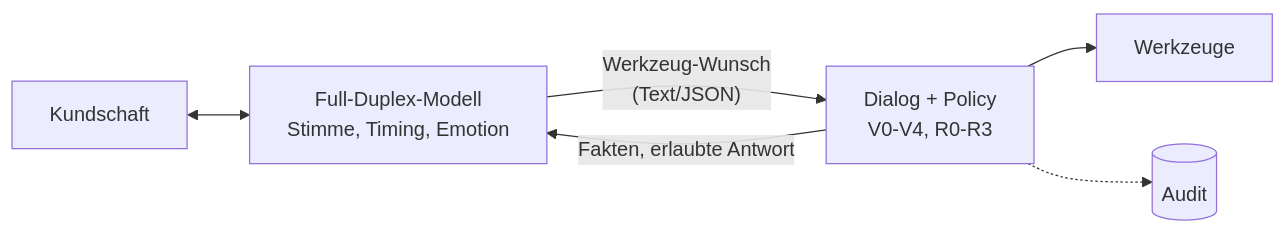
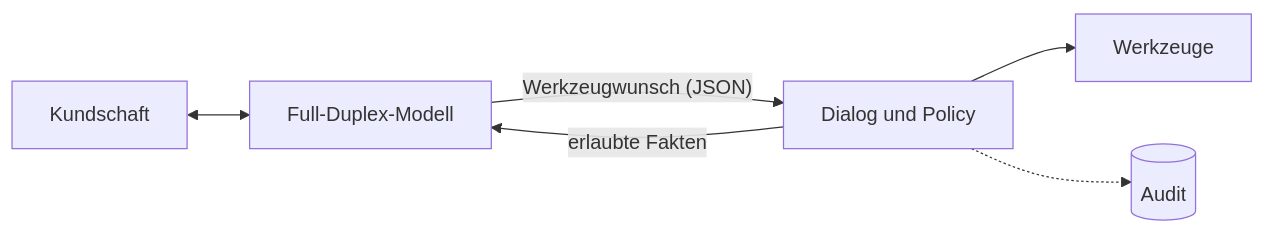
Before and after one commit to GRADweight/contactcenter: the second of 2 diagrams in docs/14-dessa-und-full-duplex.md, drawn with Mermaid. The commit also changed other lines of this file and 19 other files, not shown here.

````diff
--- a/docs/14-dessa-und-full-duplex.md
+++ b/docs/14-dessa-und-full-duplex.md
@@ -88,8 +57,8 @@
 ```mermaid
 flowchart LR
-    K[Kundschaft] <--> S2S[Full-Duplex-Modell<br/>Stimme, Timing, Emotion]
-    S2S -- "Werkzeug-Wunsch<br/>(Text/JSON)" --> D[Dialog + Policy<br/>V0-V4, R0-R3]
+    K[Kundschaft] <--> S2S[Full-Duplex-Modell]
+    S2S -- "Werkzeugwunsch (JSON)" --> D[Dialog und Policy]
     D --> W[Werkzeuge]
-    D -- "Fakten, erlaubte Antwort" --> S2S
+    D -- "erlaubte Fakten" --> S2S
     D -.-> A[(Audit)]
 ```
````
